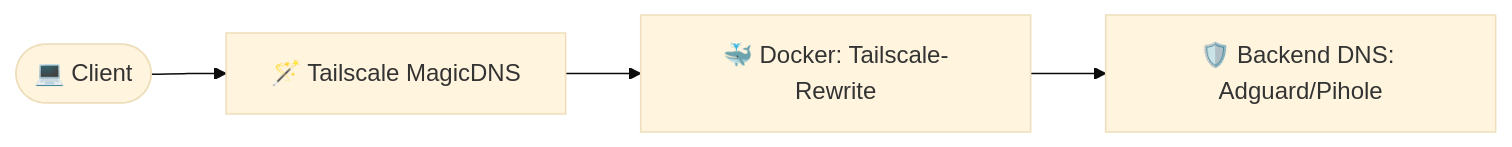
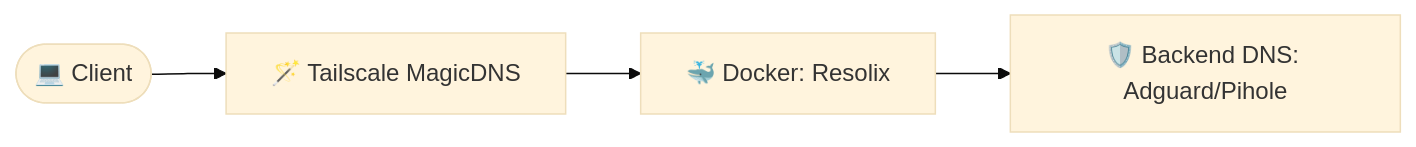
One commit to arumes31/resolix changed the diagram in README.md. Above: the diagram before and after it, drawn with Mermaid (base theme). The commit also changed other lines of this file and 47 other files, not shown here.

````diff
--- a/README.md
+++ b/README.md
@@ -20,11 +20,11 @@
 ```mermaid
 graph LR
     Client([💻 Client])
     MagicDNS[🪄 Tailscale MagicDNS]
-    Docker[🐳 Docker: Tailscale-Rewrite]
+    Docker[🐳 Docker: Resolix]
     Backend[🛡️ Backend DNS: Adguard/Pihole]
 
     Client --> MagicDNS
     MagicDNS --> Docker
     Docker --> Backend
 ```
````
